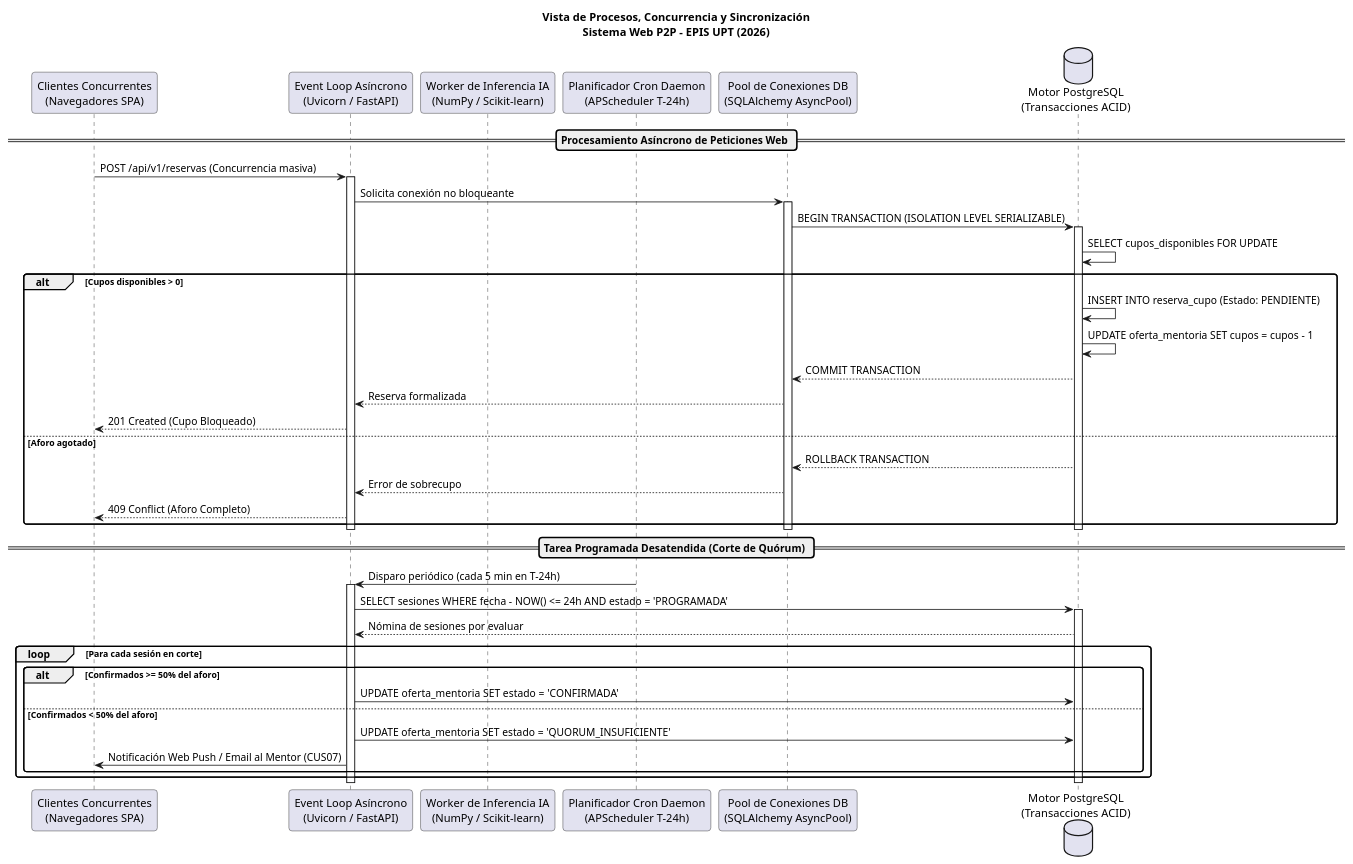
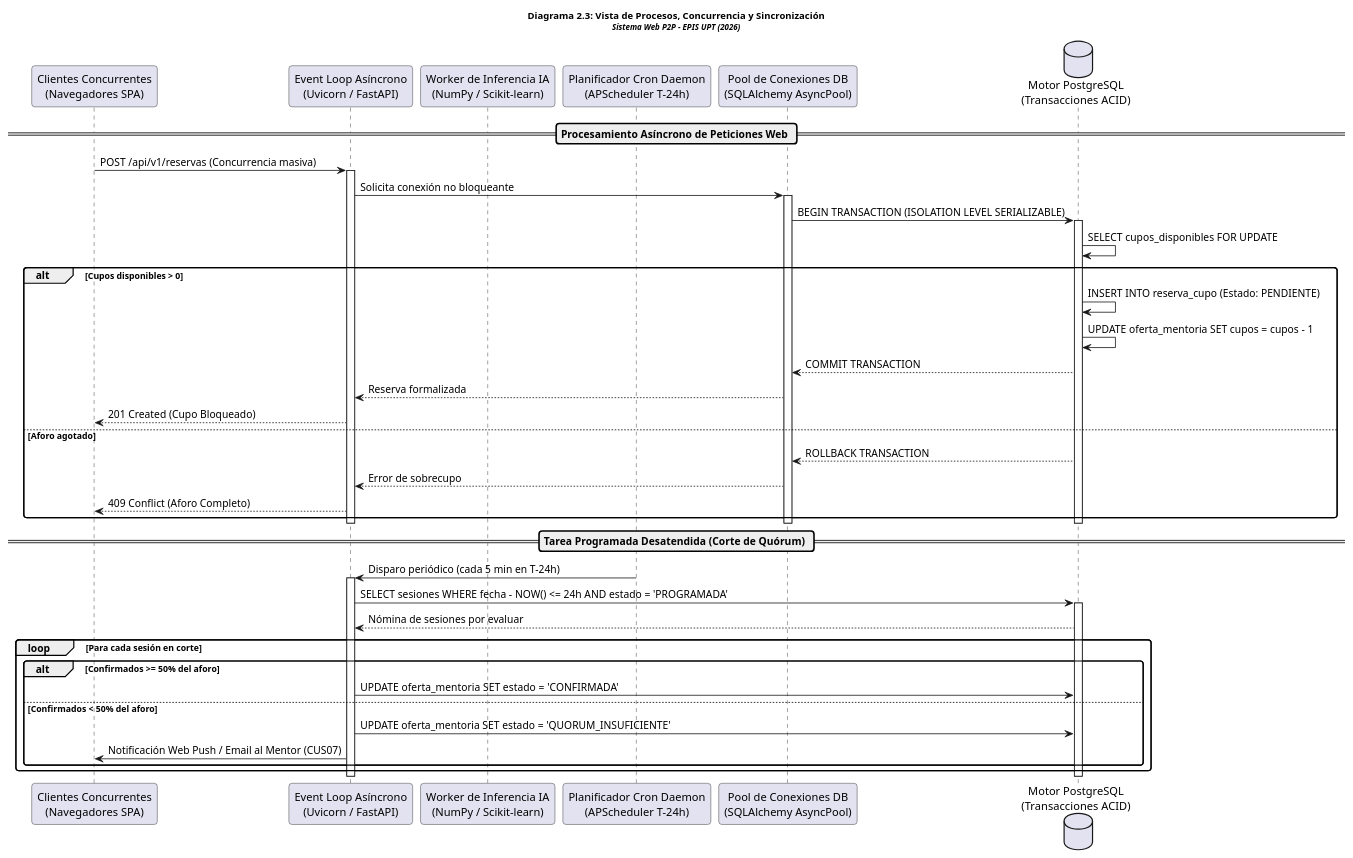
The third of 12 diagrams in docs/FD04-EPIS-Informe SAD de Proyecto.md (JMedina255/sistema_web_p2p), drawn with PlantUML before and after one commit. The commit also changed other lines of this file and 3 other files, not shown here.

Commit message:
docs: refactorizar diagramas_de_secuencia.md con estandar formal SAD de analisis ECB y titulos explictos en PlantUML

````diff
--- a/docs/FD04-EPIS-Informe SAD de Proyecto.md
+++ b/docs/FD04-EPIS-Informe SAD de Proyecto.md
@@ -344,57 +344,57 @@
 ```plantuml
 @startuml
-title Vista de Procesos, Concurrencia y Sincronización\nSistema Web P2P - EPIS UPT (2026)
+title <size:12><b>Diagrama 2.3: Vista de Procesos, Concurrencia y Sincronización</b></size>\n<size:10><i>Sistema Web P2P - EPIS UPT (2026)</i></size>
 
 skinparam shadowing false
 skinparam roundcorner 8
 skinparam defaultFontName Arial
 skinparam fontSize 10
 
 participant "Clientes Concurrentes\n(Navegadores SPA)" as Clients
 participant "Event Loop Asíncrono\n(Uvicorn / FastAPI)" as EventLoop
 participant "Worker de Inferencia IA\n(NumPy / Scikit-learn)" as Worker_AI
 participant "Planificador Cron Daemon\n(APScheduler T-24h)" as Cron_Daemon
 participant "Pool de Conexiones DB\n(SQLAlchemy AsyncPool)" as DBPool
 database "Motor PostgreSQL\n(Transacciones ACID)" as EngineDB
 
 == Procesamiento Asíncrono de Peticiones Web ==
 Clients -> EventLoop: POST /api/v1/reservas (Concurrencia masiva)
 activate EventLoop
 EventLoop -> DBPool: Solicita conexión no bloqueante
 activate DBPool
 DBPool -> EngineDB: BEGIN TRANSACTION (ISOLATION LEVEL SERIALIZABLE)
 activate EngineDB
 EngineDB -> EngineDB: SELECT cupos_disponibles FOR UPDATE
 alt Cupos disponibles > 0
     EngineDB -> EngineDB: INSERT INTO reserva_cupo (Estado: PENDIENTE)
     EngineDB -> EngineDB: UPDATE oferta_mentoria SET cupos = cupos - 1
     EngineDB --> DBPool: COMMIT TRANSACTION
     DBPool --> EventLoop: Reserva formalizada
     EventLoop --> Clients: 201 Created (Cupo Bloqueado)
 else Aforo agotado
     EngineDB --> DBPool: ROLLBACK TRANSACTION
     DBPool --> EventLoop: Error de sobrecupo
     EventLoop --> Clients: 409 Conflict (Aforo Completo)
 end
 deactivate EngineDB
 deactivate DBPool
 deactivate EventLoop
 
 == Tarea Programada Desatendida (Corte de Quórum) ==
 Cron_Daemon -> EventLoop: Disparo periódico (cada 5 min en T-24h)
 activate EventLoop
 EventLoop -> EngineDB: SELECT sesiones WHERE fecha - NOW() <= 24h AND estado = 'PROGRAMADA'
 activate EngineDB
 EngineDB --> EventLoop: Nómina de sesiones por evaluar
 loop Para cada sesión en corte
     alt Confirmados >= 50% del aforo
         EventLoop -> EngineDB: UPDATE oferta_mentoria SET estado = 'CONFIRMADA'
     else Confirmados < 50% del aforo
         EventLoop -> EngineDB: UPDATE oferta_mentoria SET estado = 'QUORUM_INSUFICIENTE'
         EventLoop -> Clients: Notificación Web Push / Email al Mentor (CUS07)
     end
 end
 deactivate EngineDB
 deactivate EventLoop
 @enduml
 ```
````
